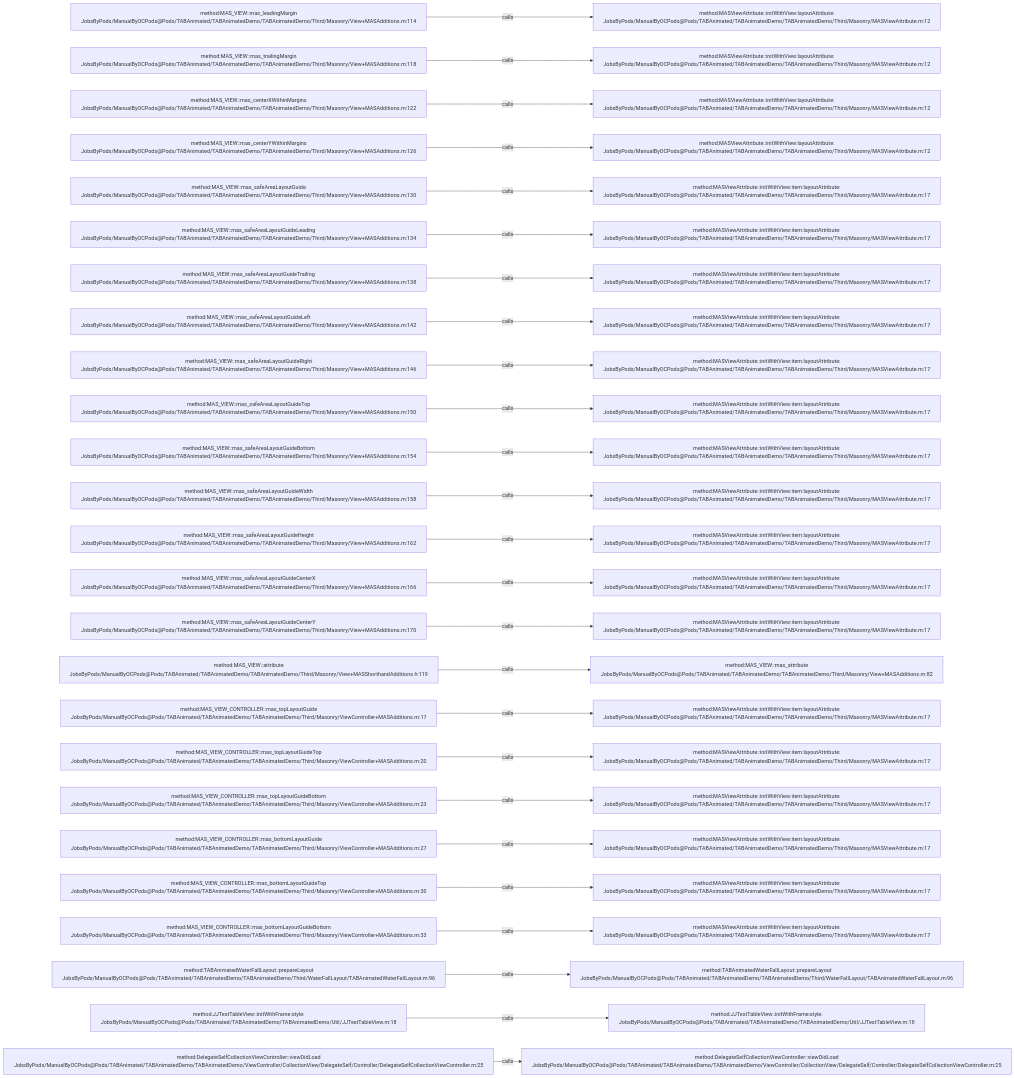
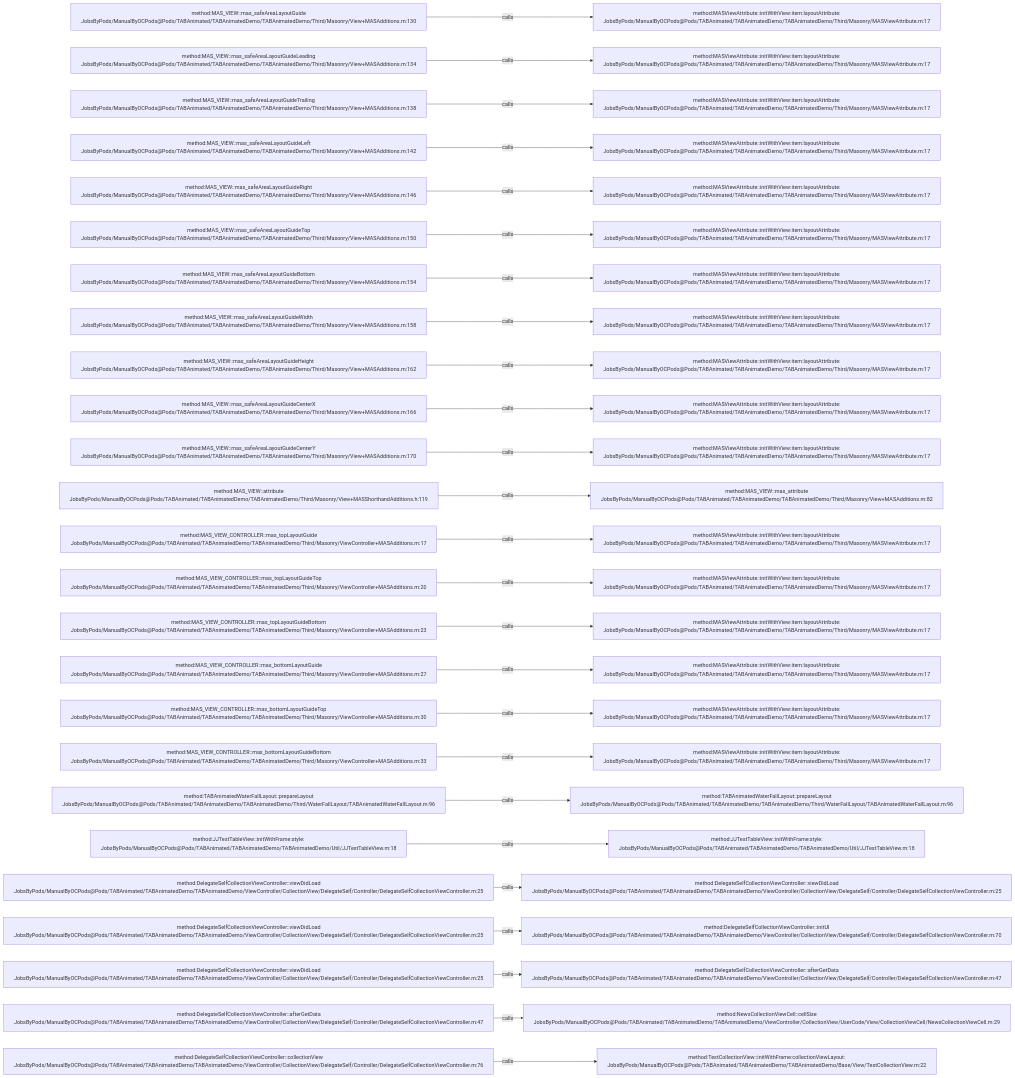
One commit to JobsKits/JobsOCBaseConfigDemo changed the diagram in .codegraph/codegraph.md/graphs/calls-045.md. Above: the diagram before and after it, drawn with Mermaid. The commit also changed 727 other files, not shown here.

````diff
--- a/.codegraph/codegraph.md/graphs/calls-045.md
+++ b/.codegraph/codegraph.md/graphs/calls-045.md
@@ -13,78 +13,78 @@
 ```mermaid
 flowchart LR
-  S1["method:MAS_VIEW::mas_leadingMargin<br/>JobsByPods/ManualByOCPods@Pods/TABAnimated/TABAnimatedDemo/TABAnimatedDemo/Third/Masonry/View+MASAdditions.m:114"]
-  T1["method:MASViewAttribute::initWithView:layoutAttribute:<br/>JobsByPods/ManualByOCPods@Pods/TABAnimated/TABAnimatedDemo/TABAnimatedDemo/Third/Masonry/MASViewAttribute.m:12"]
+  S1["method:MAS_VIEW::mas_safeAreaLayoutGuide<br/>JobsByPods/ManualByOCPods@Pods/TABAnimated/TABAnimatedDemo/TABAnimatedDemo/Third/Masonry/View+MASAdditions.m:130"]
+  T1["method:MASViewAttribute::initWithView:item:layoutAttribute:<br/>JobsByPods/ManualByOCPods@Pods/TABAnimated/TABAnimatedDemo/TABAnimatedDemo/Third/Masonry/MASViewAttribute.m:17"]
   S1 -->|calls| T1
-  S2["method:MAS_VIEW::mas_trailingMargin<br/>JobsByPods/ManualByOCPods@Pods/TABAnimated/TABAnimatedDemo/TABAnimatedDemo/Third/Masonry/View+MASAdditions.m:118"]
-  T2["method:MASViewAttribute::initWithView:layoutAttribute:<br/>JobsByPods/ManualByOCPods@Pods/TABAnimated/TABAnimatedDemo/TABAnimatedDemo/Third/Masonry/MASViewAttribute.m:12"]
+  S2["method:MAS_VIEW::mas_safeAreaLayoutGuideLeading<br/>JobsByPods/ManualByOCPods@Pods/TABAnimated/TABAnimatedDemo/TABAnimatedDemo/Third/Masonry/View+MASAdditions.m:134"]
+  T2["method:MASViewAttribute::initWithView:item:layoutAttribute:<br/>JobsByPods/ManualByOCPods@Pods/TABAnimated/TABAnimatedDemo/TABAnimatedDemo/Third/Masonry/MASViewAttribute.m:17"]
   S2 -->|calls| T2
-  S3["method:MAS_VIEW::mas_centerXWithinMargins<br/>JobsByPods/ManualByOCPods@Pods/TABAnimated/TABAnimatedDemo/TABAnimatedDemo/Third/Masonry/View+MASAdditions.m:122"]
-  T3["method:MASViewAttribute::initWithView:layoutAttribute:<br/>JobsByPods/ManualByOCPods@Pods/TABAnimated/TABAnimatedDemo/TABAnimatedDemo/Third/Masonry/MASViewAttribute.m:12"]
+  S3["method:MAS_VIEW::mas_safeAreaLayoutGuideTrailing<br/>JobsByPods/ManualByOCPods@Pods/TABAnimated/TABAnimatedDemo/TABAnimatedDemo/Third/Masonry/View+MASAdditions.m:138"]
+  T3["method:MASViewAttribute::initWithView:item:layoutAttribute:<br/>JobsByPods/ManualByOCPods@Pods/TABAnimated/TABAnimatedDemo/TABAnimatedDemo/Third/Masonry/MASViewAttribute.m:17"]
   S3 -->|calls| T3
-  S4["method:MAS_VIEW::mas_centerYWithinMargins<br/>JobsByPods/ManualByOCPods@Pods/TABAnimated/TABAnimatedDemo/TABAnimatedDemo/Third/Masonry/View+MASAdditions.m:126"]
-  T4["method:MASViewAttribute::initWithView:layoutAttribute:<br/>JobsByPods/ManualByOCPods@Pods/TABAnimated/TABAnimatedDemo/TABAnimatedDemo/Third/Masonry/MASViewAttribute.m:12"]
+  S4["method:MAS_VIEW::mas_safeAreaLayoutGuideLeft<br/>JobsByPods/ManualByOCPods@Pods/TABAnimated/TABAnimatedDemo/TABAnimatedDemo/Third/Masonry/View+MASAdditions.m:142"]
+  T4["method:MASViewAttribute::initWithView:item:layoutAttribute:<br/>JobsByPods/ManualByOCPods@Pods/TABAnimated/TABAnimatedDemo/TABAnimatedDemo/Third/Masonry/MASViewAttribute.m:17"]
   S4 -->|calls| T4
-  S5["method:MAS_VIEW::mas_safeAreaLayoutGuide<br/>JobsByPods/ManualByOCPods@Pods/TABAnimated/TABAnimatedDemo/TABAnimatedDemo/Third/Masonry/View+MASAdditions.m:130"]
+  S5["method:MAS_VIEW::mas_safeAreaLayoutGuideRight<br/>JobsByPods/ManualByOCPods@Pods/TABAnimated/TABAnimatedDemo/TABAnimatedDemo/Third/Masonry/View+MASAdditions.m:146"]
   T5["method:MASViewAttribute::initWithView:item:layoutAttribute:<br/>JobsByPods/ManualByOCPods@Pods/TABAnimated/TABAnimatedDemo/TABAnimatedDemo/Third/Masonry/MASViewAttribute.m:17"]
   S5 -->|calls| T5
-  S6["method:MAS_VIEW::mas_safeAreaLayoutGuideLeading<br/>JobsByPods/ManualByOCPods@Pods/TABAnimated/TABAnimatedDemo/TABAnimatedDemo/Third/Masonry/View+MASAdditions.m:134"]
+  S6["method:MAS_VIEW::mas_safeAreaLayoutGuideTop<br/>JobsByPods/ManualByOCPods@Pods/TABAnimated/TABAnimatedDemo/TABAnimatedDemo/Third/Masonry/View+MASAdditions.m:150"]
   T6["method:MASViewAttribute::initWithView:item:layoutAttribute:<br/>JobsByPods/ManualByOCPods@Pods/TABAnimated/TABAnimatedDemo/TABAnimatedDemo/Third/Masonry/MASViewAttribute.m:17"]
   S6 -->|calls| T6
-  S7["method:MAS_VIEW::mas_safeAreaLayoutGuideTrailing<br/>JobsByPods/ManualByOCPods@Pods/TABAnimated/TABAnimatedDemo/TABAnimatedDemo/Third/Masonry/View+MASAdditions.m:138"]
+  S7["method:MAS_VIEW::mas_safeAreaLayoutGuideBottom<br/>JobsByPods/ManualByOCPods@Pods/TABAnimated/TABAnimatedDemo/TABAnimatedDemo/Third/Masonry/View+MASAdditions.m:154"]
   T7["method:MASViewAttribute::initWithView:item:layoutAttribute:<br/>JobsByPods/ManualByOCPods@Pods/TABAnimated/TABAnimatedDemo/TABAnimatedDemo/Third/Masonry/MASViewAttribute.m:17"]
   S7 -->|calls| T7
-  S8["method:MAS_VIEW::mas_safeAreaLayoutGuideLeft<br/>JobsByPods/ManualByOCPods@Pods/TABAnimated/TABAnimatedDemo/TABAnimatedDemo/Third/Masonry/View+MASAdditions.m:142"]
+  S8["method:MAS_VIEW::mas_safeAreaLayoutGuideWidth<br/>JobsByPods/ManualByOCPods@Pods/TABAnimated/TABAnimatedDemo/TABAnimatedDemo/Third/Masonry/View+MASAdditions.m:158"]
   T8["method:MASViewAttribute::initWithView:item:layoutAttribute:<br/>JobsByPods/ManualByOCPods@Pods/TABAnimated/TABAnimatedDemo/TABAnimatedDemo/Third/Masonry/MASViewAttribute.m:17"]
   S8 -->|calls| T8
-  S9["method:MAS_VIEW::mas_safeAreaLayoutGuideRight<br/>JobsByPods/ManualByOCPods@Pods/TABAnimated/TABAnimatedDemo/TABAnimatedDemo/Third/Masonry/View+MASAdditions.m:146"]
+  S9["method:MAS_VIEW::mas_safeAreaLayoutGuideHeight<br/>JobsByPods/ManualByOCPods@Pods/TABAnimated/TABAnimatedDemo/TABAnimatedDemo/Third/Masonry/View+MASAdditions.m:162"]
   T9["method:MASViewAttribute::initWithView:item:layoutAttribute:<br/>JobsByPods/ManualByOCPods@Pods/TABAnimated/TABAnimatedDemo/TABAnimatedDemo/Third/Masonry/MASViewAttribute.m:17"]
   S9 -->|calls| T9
-  S10["method:MAS_VIEW::mas_safeAreaLayoutGuideTop<br/>JobsByPods/ManualByOCPods@Pods/TABAnimated/TABAnimatedDemo/TABAnimatedDemo/Third/Masonry/View+MASAdditions.m:150"]
+  S10["method:MAS_VIEW::mas_safeAreaLayoutGuideCenterX<br/>JobsByPods/ManualByOCPods@Pods/TABAnimated/TABAnimatedDemo/TABAnimatedDemo/Third/Masonry/View+MASAdditions.m:166"]
   T10["method:MASViewAttribute::initWithView:item:layoutAttribute:<br/>JobsByPods/ManualByOCPods@Pods/TABAnimated/TABAnimatedDemo/TABAnimatedDemo/Third/Masonry/MASViewAttribute.m:17"]
   S10 -->|calls| T10
-  S11["method:MAS_VIEW::mas_safeAreaLayoutGuideBottom<br/>JobsByPods/ManualByOCPods@Pods/TABAnimated/TABAnimatedDemo/TABAnimatedDemo/Third/Masonry/View+MASAdditions.m:154"]
+  S11["method:MAS_VIEW::mas_safeAreaLayoutGuideCenterY<br/>JobsByPods/ManualByOCPods@Pods/TABAnimated/TABAnimatedDemo/TABAnimatedDemo/Third/Masonry/View+MASAdditions.m:170"]
   T11["method:MASViewAttribute::initWithView:item:layoutAttribute:<br/>JobsByPods/ManualByOCPods@Pods/TABAnimated/TABAnimatedDemo/TABAnimatedDemo/Third/Masonry/MASViewAttribute.m:17"]
   S11 -->|calls| T11
-  S12["method:MAS_VIEW::mas_safeAreaLayoutGuideWidth<br/>JobsByPods/ManualByOCPods@Pods/TABAnimated/TABAnimatedDemo/TABAnimatedDemo/Third/Masonry/View+MASAdditions.m:158"]
-  T12["method:MASViewAttribute::initWithView:item:layoutAttribute:<br/>JobsByPods/ManualByOCPods@Pods/TABAnimated/TABAnimatedDemo/TABAnimatedDemo/Third/Masonry/MASViewAttribute.m:17"]
+  S12["method:MAS_VIEW::attribute<br/>JobsByPods/ManualByOCPods@Pods/TABAnimated/TABAnimatedDemo/TABAnimatedDemo/Third/Masonry/View+MASShorthandAdditions.h:119"]
+  T12["method:MAS_VIEW::mas_attribute<br/>JobsByPods/ManualByOCPods@Pods/TABAnimated/TABAnimatedDemo/TABAnimatedDemo/Third/Masonry/View+MASAdditions.m:82"]
   S12 -->|calls| T12
-  S13["method:MAS_VIEW::mas_safeAreaLayoutGuideHeight<br/>JobsByPods/ManualByOCPods@Pods/TABAnimated/TABAnimatedDemo/TABAnimatedDemo/Third/Masonry/View+MASAdditions.m:162"]
+  S13["method:MAS_VIEW_CONTROLLER::mas_topLayoutGuide<br/>JobsByPods/ManualByOCPods@Pods/TABAnimated/TABAnimatedDemo/TABAnimatedDemo/Third/Masonry/ViewController+MASAdditions.m:17"]
   T13["method:MASViewAttribute::initWithView:item:layoutAttribute:<br/>JobsByPods/ManualByOCPods@Pods/TABAnimated/TABAnimatedDemo/TABAnimatedDemo/Third/Masonry/MASViewAttribute.m:17"]
   S13 -->|calls| T13
-  S14["method:MAS_VIEW::mas_safeAreaLayoutGuideCenterX<br/>JobsByPods/ManualByOCPods@Pods/TABAnimated/TABAnimatedDemo/TABAnimatedDemo/Third/Masonry/View+MASAdditions.m:166"]
+  S14["method:MAS_VIEW_CONTROLLER::mas_topLayoutGuideTop<br/>JobsByPods/ManualByOCPods@Pods/TABAnimated/TABAnimatedDemo/TABAnimatedDemo/Third/Masonry/ViewController+MASAdditions.m:20"]
   T14["method:MASViewAttribute::initWithView:item:layoutAttribute:<br/>JobsByPods/ManualByOCPods@Pods/TABAnimated/TABAnimatedDemo/TABAnimatedDemo/Third/Masonry/MASViewAttribute.m:17"]
   S14 -->|calls| T14
-  S15["method:MAS_VIEW::mas_safeAreaLayoutGuideCenterY<br/>JobsByPods/ManualByOCPods@Pods/TABAnimated/TABAnimatedDemo/TABAnimatedDemo/Third/Masonry/View+MASAdditions.m:170"]
+  S15["method:MAS_VIEW_CONTROLLER::mas_topLayoutGuideBottom<br/>JobsByPods/ManualByOCPods@Pods/TABAnimated/TABAnimatedDemo/TABAnimatedDemo/Third/Masonry/ViewController+MASAdditions.m:23"]
   T15["method:MASViewAttribute::initWithView:item:layoutAttribute:<br/>JobsByPods/ManualByOCPods@Pods/TABAnimated/TABAnimatedDemo/TABAnimatedDemo/Third/Masonry/MASViewAttribute.m:17"]
   S15 -->|calls| T15
-  S16["method:MAS_VIEW::attribute<br/>JobsByPods/ManualByOCPods@Pods/TABAnimated/TABAnimatedDemo/TABAnimatedDemo/Third/Masonry/View+MASShorthandAdditions.h:119"]
-  T16["method:MAS_VIEW::mas_attribute<br/>JobsByPods/ManualByOCPods@Pods/TABAnimated/TABAnimatedDemo/TABAnimatedDemo/Third/Masonry/View+MASAdditions.m:82"]
+  S16["method:MAS_VIEW_CONTROLLER::mas_bottomLayoutGuide<br/>JobsByPods/ManualByOCPods@Pods/TABAnimated/TABAnimatedDemo/TABAnimatedDemo/Third/Masonry/ViewController+MASAdditions.m:27"]
+  T16["method:MASViewAttribute::initWithView:item:layoutAttribute:<br/>JobsByPods/ManualByOCPods@Pods/TABAnimated/TABAnimatedDemo/TABAnimatedDemo/Third/Masonry/MASViewAttribute.m:17"]
   S16 -->|calls| T16
-  S17["method:MAS_VIEW_CONTROLLER::mas_topLayoutGuide<br/>JobsByPods/ManualByOCPods@Pods/TABAnimated/TABAnimatedDemo/TABAnimatedDemo/Third/Masonry/ViewController+MASAdditions.m:17"]
+  S17["method:MAS_VIEW_CONTROLLER::mas_bottomLayoutGuideTop<br/>JobsByPods/ManualByOCPods@Pods/TABAnimated/TABAnimatedDemo/TABAnimatedDemo/Third/Masonry/ViewController+MASAdditions.m:30"]
   T17["method:MASViewAttribute::initWithView:item:layoutAttribute:<br/>JobsByPods/ManualByOCPods@Pods/TABAnimated/TABAnimatedDemo/TABAnimatedDemo/Third/Masonry/MASViewAttribute.m:17"]
   S17 -->|calls| T17
-  S18["method:MAS_VIEW_CONTROLLER::mas_topLayoutGuideTop<br/>JobsByPods/ManualByOCPods@Pods/TABAnimated/TABAnimatedDemo/TABAnimatedDemo/Third/Masonry/ViewController+MASAdditions.m:20"]
+  S18["method:MAS_VIEW_CONTROLLER::mas_bottomLayoutGuideBottom<br/>JobsByPods/ManualByOCPods@Pods/TABAnimated/TABAnimatedDemo/TABAnimatedDemo/Third/Masonry/ViewController+MASAdditions.m:33"]
   T18["method:MASViewAttribute::initWithView:item:layoutAttribute:<br/>JobsByPods/ManualByOCPods@Pods/TABAnimated/TABAnimatedDemo/TABAnimatedDemo/Third/Masonry/MASViewAttribute.m:17"]
   S18 -->|calls| T18
-  S19["method:MAS_VIEW_CONTROLLER::mas_topLayoutGuideBottom<br/>JobsByPods/ManualByOCPods@Pods/TABAnimated/TABAnimatedDemo/TABAnimatedDemo/Third/Masonry/ViewController+MASAdditions.m:23"]
-  T19["method:MASViewAttribute::initWithView:item:layoutAttribute:<br/>JobsByPods/ManualByOCPods@Pods/TABAnimated/TABAnimatedDemo/TABAnimatedDemo/Third/Masonry/MASViewAttribute.m:17"]
+  S19["method:TABAnimatedWaterFallLayout::prepareLayout<br/>JobsByPods/ManualByOCPods@Pods/TABAnimated/TABAnimatedDemo/TABAnimatedDemo/Third/WaterFallLayout/TABAnimatedWaterFallLayout.m:96"]
+  T19["method:TABAnimatedWaterFallLayout::prepareLayout<br/>JobsByPods/ManualByOCPods@Pods/TABAnimated/TABAnimatedDemo/TABAnimatedDemo/Third/WaterFallLayout/TABAnimatedWaterFallLayout.m:96"]
   S19 -->|calls| T19
-  S20["method:MAS_VIEW_CONTROLLER::mas_bottomLayoutGuide<br/>JobsByPods/ManualByOCPods@Pods/TABAnimated/TABAnimatedDemo/TABAnimatedDemo/Third/Masonry/ViewController+MASAdditions.m:27"]
-  T20["method:MASViewAttribute::initWithView:item:layoutAttribute:<br/>JobsByPods/ManualByOCPods@Pods/TABAnimated/TABAnimatedDemo/TABAnimatedDemo/Third/Masonry/MASViewAttribute.m:17"]
+  S20["method:JJTestTableView::initWithFrame:style:<br/>JobsByPods/ManualByOCPods@Pods/TABAnimated/TABAnimatedDemo/TABAnimatedDemo/Util/JJTestTableView.m:18"]
+  T20["method:JJTestTableView::initWithFrame:style:<br/>JobsByPods/ManualByOCPods@Pods/TABAnimated/TABAnimatedDemo/TABAnimatedDemo/Util/JJTestTableView.m:18"]
   S20 -->|calls| T20
-  S21["method:MAS_VIEW_CONTROLLER::mas_bottomLayoutGuideTop<br/>JobsByPods/ManualByOCPods@Pods/TABAnimated/TABAnimatedDemo/TABAnimatedDemo/Third/Masonry/ViewController+MASAdditions.m:30"]
-  T21["method:MASViewAttribute::initWithView:item:layoutAttribute:<br/>JobsByPods/ManualByOCPods@Pods/TABAnimated/TABAnimatedDemo/TABAnimatedDemo/Third/Masonry/MASViewAttribute.m:17"]
+  S21["method:DelegateSelfCollectionViewController::viewDidLoad<br/>JobsByPods/ManualByOCPods@Pods/TABAnimated/TABAnimatedDemo/TABAnimatedDemo/ViewController/CollectionView/DelegateSelf/Controller/DelegateSelfCollectionViewController.m:25"]
+  T21["method:DelegateSelfCollectionViewController::viewDidLoad<br/>JobsByPods/ManualByOCPods@Pods/TABAnimated/TABAnimatedDemo/TABAnimatedDemo/ViewController/CollectionView/DelegateSelf/Controller/DelegateSelfCollectionViewController.m:25"]
   S21 -->|calls| T21
-  S22["method:MAS_VIEW_CONTROLLER::mas_bottomLayoutGuideBottom<br/>JobsByPods/ManualByOCPods@Pods/TABAnimated/TABAnimatedDemo/TABAnimatedDemo/Third/Masonry/ViewController+MASAdditions.m:33"]
-  T22["method:MASViewAttribute::initWithView:item:layoutAttribute:<br/>JobsByPods/ManualByOCPods@Pods/TABAnimated/TABAnimatedDemo/TABAnimatedDemo/Third/Masonry/MASViewAttribute.m:17"]
+  S22["method:DelegateSelfCollectionViewController::viewDidLoad<br/>JobsByPods/ManualByOCPods@Pods/TABAnimated/TABAnimatedDemo/TABAnimatedDemo/ViewController/CollectionView/DelegateSelf/Controller/DelegateSelfCollectionViewController.m:25"]
+  T22["method:DelegateSelfCollectionViewController::initUI<br/>JobsByPods/ManualByOCPods@Pods/TABAnimated/TABAnimatedDemo/TABAnimatedDemo/ViewController/CollectionView/DelegateSelf/Controller/DelegateSelfCollectionViewController.m:70"]
   S22 -->|calls| T22
-  S23["method:TABAnimatedWaterFallLayout::prepareLayout<br/>JobsByPods/ManualByOCPods@Pods/TABAnimated/TABAnimatedDemo/TABAnimatedDemo/Third/WaterFallLayout/TABAnimatedWaterFallLayout.m:96"]
-  T23["method:TABAnimatedWaterFallLayout::prepareLayout<br/>JobsByPods/ManualByOCPods@Pods/TABAnimated/TABAnimatedDemo/TABAnimatedDemo/Third/WaterFallLayout/TABAnimatedWaterFallLayout.m:96"]
+  S23["method:DelegateSelfCollectionViewController::viewDidLoad<br/>JobsByPods/ManualByOCPods@Pods/TABAnimated/TABAnimatedDemo/TABAnimatedDemo/ViewController/CollectionView/DelegateSelf/Controller/DelegateSelfCollectionViewController.m:25"]
+  T23["method:DelegateSelfCollectionViewController::afterGetData<br/>JobsByPods/ManualByOCPods@Pods/TABAnimated/TABAnimatedDemo/TABAnimatedDemo/ViewController/CollectionView/DelegateSelf/Controller/DelegateSelfCollectionViewController.m:47"]
   S23 -->|calls| T23
-  S24["method:JJTestTableView::initWithFrame:style:<br/>JobsByPods/ManualByOCPods@Pods/TABAnimated/TABAnimatedDemo/TABAnimatedDemo/Util/JJTestTableView.m:18"]
-  T24["method:JJTestTableView::initWithFrame:style:<br/>JobsByPods/ManualByOCPods@Pods/TABAnimated/TABAnimatedDemo/TABAnimatedDemo/Util/JJTestTableView.m:18"]
+  S24["method:DelegateSelfCollectionViewController::afterGetData<br/>JobsByPods/ManualByOCPods@Pods/TABAnimated/TABAnimatedDemo/TABAnimatedDemo/ViewController/CollectionView/DelegateSelf/Controller/DelegateSelfCollectionViewController.m:47"]
+  T24["method:NewsCollectionViewCell::cellSize<br/>JobsByPods/ManualByOCPods@Pods/TABAnimated/TABAnimatedDemo/TABAnimatedDemo/ViewController/CollectionView/UserCode/View/CollectionViewCell/NewsCollectionViewCell.m:29"]
   S24 -->|calls| T24
-  S25["method:DelegateSelfCollectionViewController::viewDidLoad<br/>JobsByPods/ManualByOCPods@Pods/TABAnimated/TABAnimatedDemo/TABAnimatedDemo/ViewController/CollectionView/DelegateSelf/Controller/DelegateSelfCollectionViewController.m:25"]
-  T25["method:DelegateSelfCollectionViewController::viewDidLoad<br/>JobsByPods/ManualByOCPods@Pods/TABAnimated/TABAnimatedDemo/TABAnimatedDemo/ViewController/CollectionView/DelegateSelf/Controller/DelegateSelfCollectionViewController.m:25"]
+  S25["method:DelegateSelfCollectionViewController::collectionView<br/>JobsByPods/ManualByOCPods@Pods/TABAnimated/TABAnimatedDemo/TABAnimatedDemo/ViewController/CollectionView/DelegateSelf/Controller/DelegateSelfCollectionViewController.m:76"]
+  T25["method:TestCollectionView::initWithFrame:collectionViewLayout:<br/>JobsByPods/ManualByOCPods@Pods/TABAnimated/TABAnimatedDemo/TABAnimatedDemo/Base/View/TestCollectionView.m:22"]
   S25 -->|calls| T25
 ```
````
